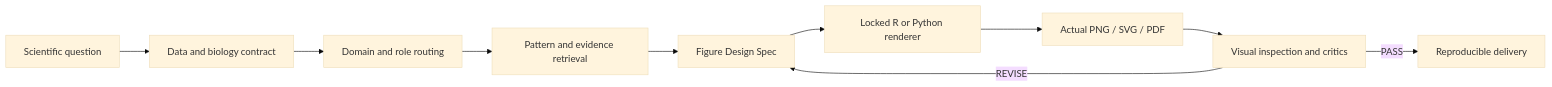
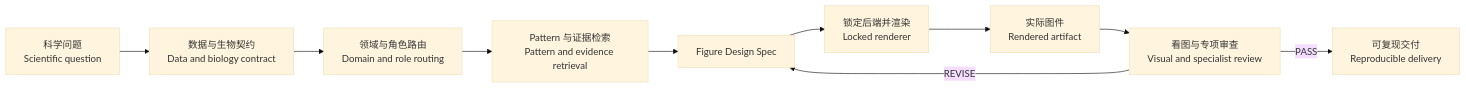
The diagram in README.md (Woyekun-cell/BioFigure), drawn with Mermaid (base theme) before and after one commit. The commit also changed other lines of this file and 16 other files, not shown here.

````diff
--- a/README.md
+++ b/README.md
@@ -66,12 +77,12 @@
 ```mermaid
 flowchart LR
-    A[Scientific question] --> B[Data and biology contract]
-    B --> C[Domain and role routing]
-    C --> D[Pattern and evidence retrieval]
+    A[科学问题<br/>Scientific question] --> B[数据与生物契约<br/>Data and biology contract]
+    B --> C[领域与角色路由<br/>Domain and role routing]
+    C --> D[Pattern 与证据检索<br/>Pattern and evidence retrieval]
     D --> E[Figure Design Spec]
-    E --> F[Locked R or Python renderer]
-    F --> G[Actual PNG / SVG / PDF]
-    G --> H[Visual inspection and critics]
+    E --> F[锁定后端并渲染<br/>Locked renderer]
+    F --> G[实际图件<br/>Rendered artifact]
+    G --> H[看图与专项审查<br/>Visual and specialist review]
     H -->|REVISE| E
-    H -->|PASS| I[Reproducible delivery]
+    H -->|PASS| I[可复现交付<br/>Reproducible delivery]
 ```
````
